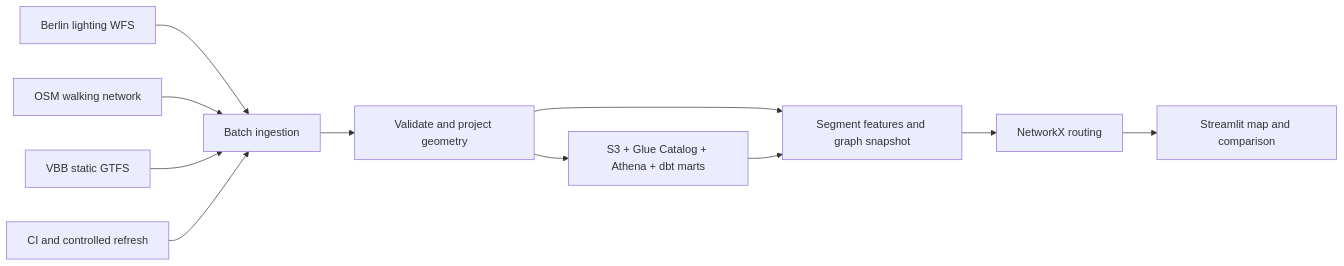
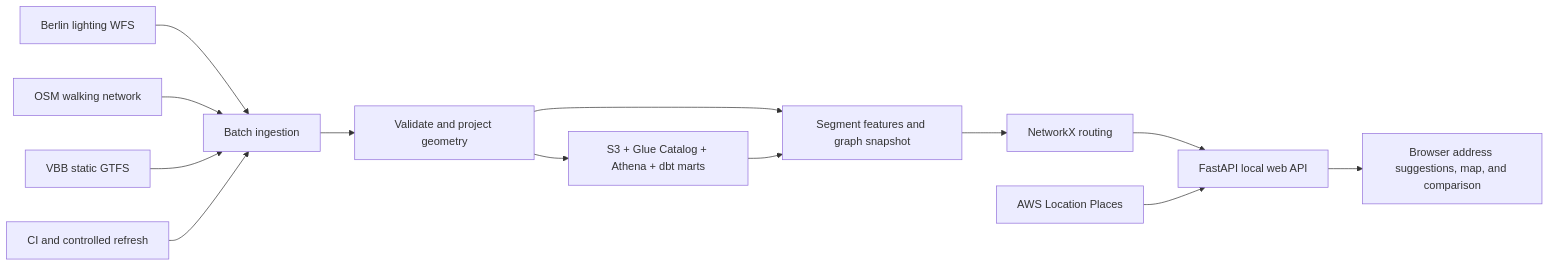
One commit to IshmitaBasu/HerRoute changed the diagram in docs/architecture.md. Above: the diagram before and after it, drawn with Mermaid. The commit also changed other lines of this file and 18 other files, not shown here.

````diff
--- a/docs/architecture.md
+++ b/docs/architecture.md
@@ -5,13 +5,15 @@
 ```mermaid
 flowchart LR
   A[Berlin lighting WFS] --> B[Batch ingestion]
   C[OSM walking network] --> B
   D[VBB static GTFS] --> B
   B --> E[Validate and project geometry]
   E --> F[Segment features and graph snapshot]
   E --> G[S3 + Glue Catalog + Athena + dbt marts]
   G --> F
   F --> H[NetworkX routing]
-  H --> I[Streamlit map and comparison]
+  H --> I[FastAPI local web API]
+  I --> K[Browser address suggestions, map, and comparison]
+  L[AWS Location Places] --> I
   J[CI and controlled refresh] --> B
 ```
````
